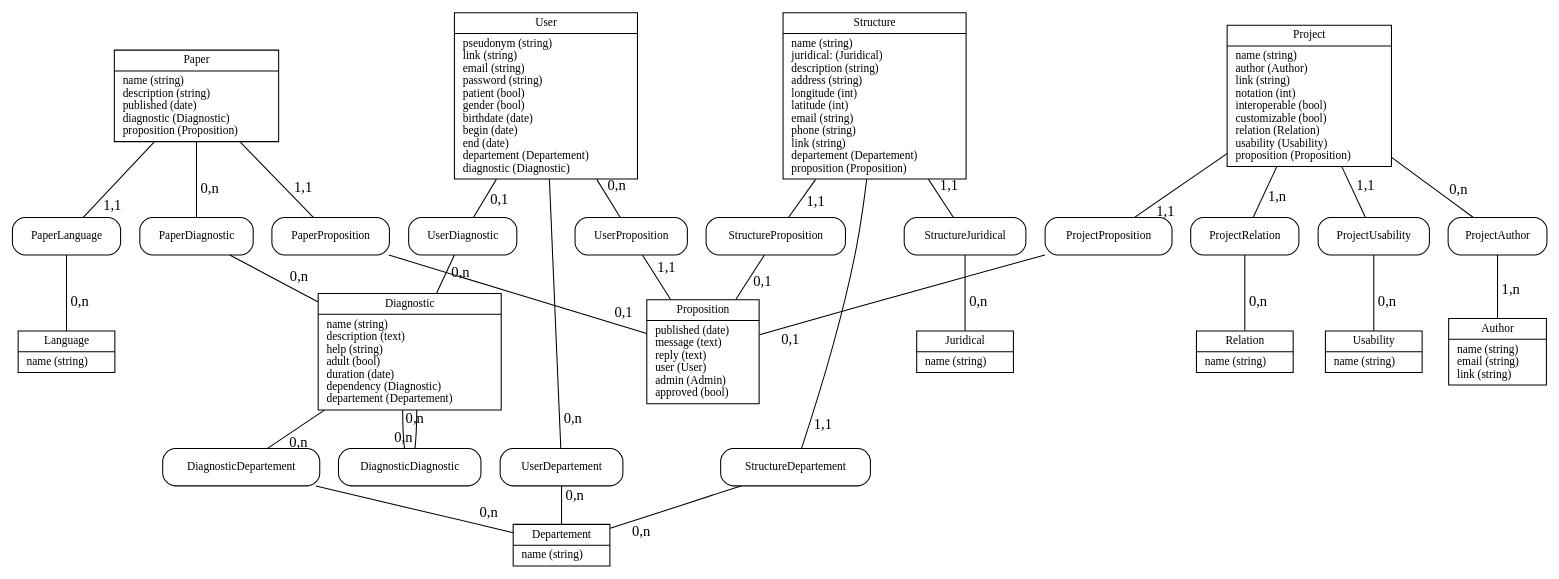
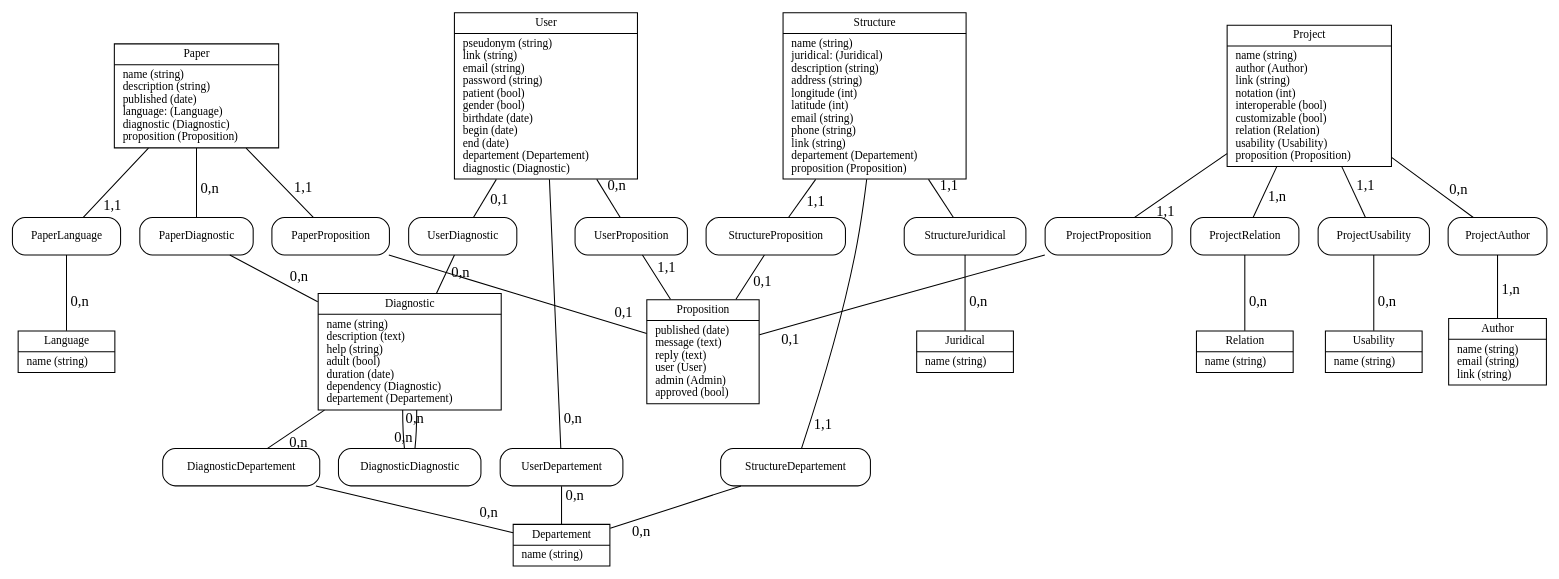
One commit to adjivas/site-ref changed the diagram in mcd.dot. Above: the diagram before and after it, drawn with Graphviz.

Commit message:
add lang item

```diff
--- a/mcd.dot
+++ b/mcd.dot
@@ -1,177 +1,178 @@
 graph siteRef {
   //! `dot -Tpng > mcd.png mcd.dot`
 
 	splines = true;
 	overlap = scalexy;
 	node [fontsize = 11];
 
 	/// Table
 
 	nodeTablePaper [label = "{
 		Paper
 			|
 				name (string)\l
 				description (string)\l
 				published (date)\l
+				language: (Language)\l
 				diagnostic (Diagnostic)\l
 				proposition (Proposition)\l
 	}", shape=record];
 
 	nodeTableStructure [label = "{
 		Structure
 		  |
 				name (string)\l
 				juridical: (Juridical)\l
 				description (string)\l
                 address (string)\l
 				longitude (int)\l
 				latitude (int)\l
 				email (string)\l
 				phone (string)\l
                 link (string)\l
 				departement (Departement)\l
 				proposition (Proposition)\l
 	}", shape=record];
 
 	nodeTableJuridical [label = "{
 		Juridical
 		  |
 				name (string)\l
 	}", shape=record];
 
 	nodeTableDepartement [label = "{
 		Departement
 		  |
 				name (string)\l
 	}", shape=record];
 
 	nodeTableProject [label = "{
 		Project
 		  |
 				name (string)\l
 				author (Author)\l
 				link (string)\l
 				notation (int)\l
 				interoperable (bool)\l
 				customizable (bool)\l
 				relation (Relation)\l
 				usability (Usability)\l
 				proposition (Proposition)\l
 	}", shape=record];
 
 	nodeTableAuthor [label = "{
 		Author
 			|
 				name (string)\l
 				email (string)\l
 				link (string)\l
 	}", shape=record];
 
 	nodeTableRelation [label = "{
 		Relation
 			|
 				name (string)\l
 	}", shape=record];
 
 	nodeTableUsability [label = "{
 		Usability
 			|
 				name (string)\l
 	}", shape=record];
 
 	nodeTableProposition [label = "{
 		Proposition
 			|
 				published (date)\l
 				message (text)\l
 				reply (text)\l
 				user (User)\l
 				admin (Admin)\l
 				approved (bool)\l
 	}", shape=record];
 
 	nodeTableDiagnostic [label = "{
 		Diagnostic
 			|
 				name (string)\l
 				description (text)\l
 				help (string)\l
 				adult (bool)\l
                                 duration (date)\l
 				dependency (Diagnostic)\l
 				departement (Departement)\l
 	}", shape=record];
 
 	nodeTableUser [label = "{
 		User
 			|
 				pseudonym (string)\l
 				link (string)\l
 				email (string)\l
 				password (string)\l
 				patient (bool)\l
 				gender (bool)\l
 				birthdate (date)\l
 				begin (date)\l
 				end (date)\l
 				departement (Departement)\l
 				diagnostic (Diagnostic)\l
 	}", shape=record];
 
 	nodeTableLanguage [label = "{
 		Language
 			|
 				name (string)\l
 	}", shape=record];
 
 	/// Relation
 
 	nodeRelationPaperDiagnostic [label = "{PaperDiagnostic}", shape = Mrecord];
 	nodeRelationPaperProposition [label = "{PaperProposition}", shape = Mrecord];
 	nodeRelationStructureJuridical [label = "{StructureJuridical}", shape = Mrecord];
 	nodeRelationStructureDepartement [label = "{StructureDepartement}", shape = Mrecord];
 	nodeRelationStructureProposition [label = "{StructureProposition}", shape = Mrecord];
 	nodeRelationProjectRelation [label = "{ProjectRelation}", shape = Mrecord];
 	nodeRelationProjectUsability [label = "{ProjectUsability}", shape = Mrecord];
 	nodeRelationProjectProposition [label = "{ProjectProposition}", shape = Mrecord];
 	nodeRelationProjectAuthor [label = "{ProjectAuthor}", shape = Mrecord];
 	nodeRelationDiagnosticDiagnostic [label = "{DiagnosticDiagnostic}", shape = Mrecord];
 	nodeRelationDiagnosticDepartement [label = "{DiagnosticDepartement}", shape = Mrecord];
 	nodeRelationUserDepartement [label = "{UserDepartement}", shape = Mrecord];
 	nodeRelationUserDiagnostic [label = "{UserDiagnostic}", shape = Mrecord];
 	nodeRelationPaperLanguage [label = "{PaperLanguage}", shape = Mrecord];
 	nodeRelationUserProposition [label = "{UserProposition}", shape = Mrecord];
 
 	/// Cardinality
 
 	nodeTablePaper -- nodeRelationPaperDiagnostic [headlabel = "0,n", labeldistance = 3];
 	nodeRelationPaperDiagnostic -- nodeTableDiagnostic [headlabel = "0,n", labeldistance = 3];
 	nodeTablePaper -- nodeRelationPaperProposition [headlabel = "1,1", labeldistance = 3];
 	nodeRelationPaperProposition -- nodeTableProposition [headlabel = "0,1", labeldistance = 3]
 	nodeTablePaper -- nodeRelationPaperLanguage [headlabel = "1,1", labeldistance = 3];
 	nodeRelationPaperLanguage -- nodeTableLanguage [headlabel = "0,n", labeldistance = 3]
 	nodeTableStructure -- nodeRelationStructureJuridical [headlabel = "1,1", labeldistance = 3];
 	nodeRelationStructureJuridical -- nodeTableJuridical [headlabel = "0,n", labeldistance = 3];
 	nodeTableStructure -- nodeRelationStructureDepartement [headlabel = "1,1", labeldistance = 3];
 	nodeRelationStructureDepartement -- nodeTableDepartement [headlabel = "0,n", labeldistance = 3];
 	nodeTableStructure -- nodeRelationStructureProposition [headlabel = "1,1", labeldistance = 3];
 	nodeRelationStructureProposition -- nodeTableProposition [headlabel = "0,1", labeldistance = 3];
 	nodeTableProject -- nodeRelationProjectRelation [headlabel = "1,n", labeldistance = 3];
 	nodeRelationProjectRelation -- nodeTableRelation [headlabel = "0,n", labeldistance = 3];
 	nodeTableProject -- nodeRelationProjectUsability [headlabel = "1,1", labeldistance = 3];
 	nodeRelationProjectUsability -- nodeTableUsability [headlabel = "0,n", labeldistance = 3];
 	nodeTableProject -- nodeRelationProjectProposition [headlabel = "1,1", labeldistance = 3];
 	nodeRelationProjectProposition -- nodeTableProposition [headlabel = "0,1", labeldistance = 3];
 	nodeTableProject -- nodeRelationProjectAuthor [headlabel = "0,n", labeldistance = 3];
 	nodeRelationProjectAuthor -- nodeTableAuthor [headlabel = "1,n", labeldistance = 3];
 	nodeTableDiagnostic -- nodeRelationDiagnosticDiagnostic [headlabel = "0,n", labeldistance = 3];
 	nodeRelationDiagnosticDiagnostic -- nodeTableDiagnostic [headlabel = "0,n", labeldistance = 3];
 	nodeTableDiagnostic -- nodeRelationDiagnosticDepartement [headlabel = "0,n", labeldistance = 3];
 	nodeRelationDiagnosticDepartement -- nodeTableDepartement [headlabel = "0,n", labeldistance = 3];
 	nodeTableUser -- nodeRelationUserDepartement [headlabel = "0,n", labeldistance = 3];
 	nodeRelationUserDepartement -- nodeTableDepartement [headlabel = "0,n", labeldistance = 3];
 	nodeTableUser -- nodeRelationUserDiagnostic [headlabel = "0,1", labeldistance = 3];
 	nodeRelationUserDiagnostic -- nodeTableDiagnostic [headlabel = "0,n", labeldistance = 3];
 	nodeTableUser -- nodeRelationUserProposition [headlabel = "0,n", labeldistance = 3];
 	nodeRelationUserProposition -- nodeTableProposition [headlabel = "1,1", labeldistance = 3];
 }
```
